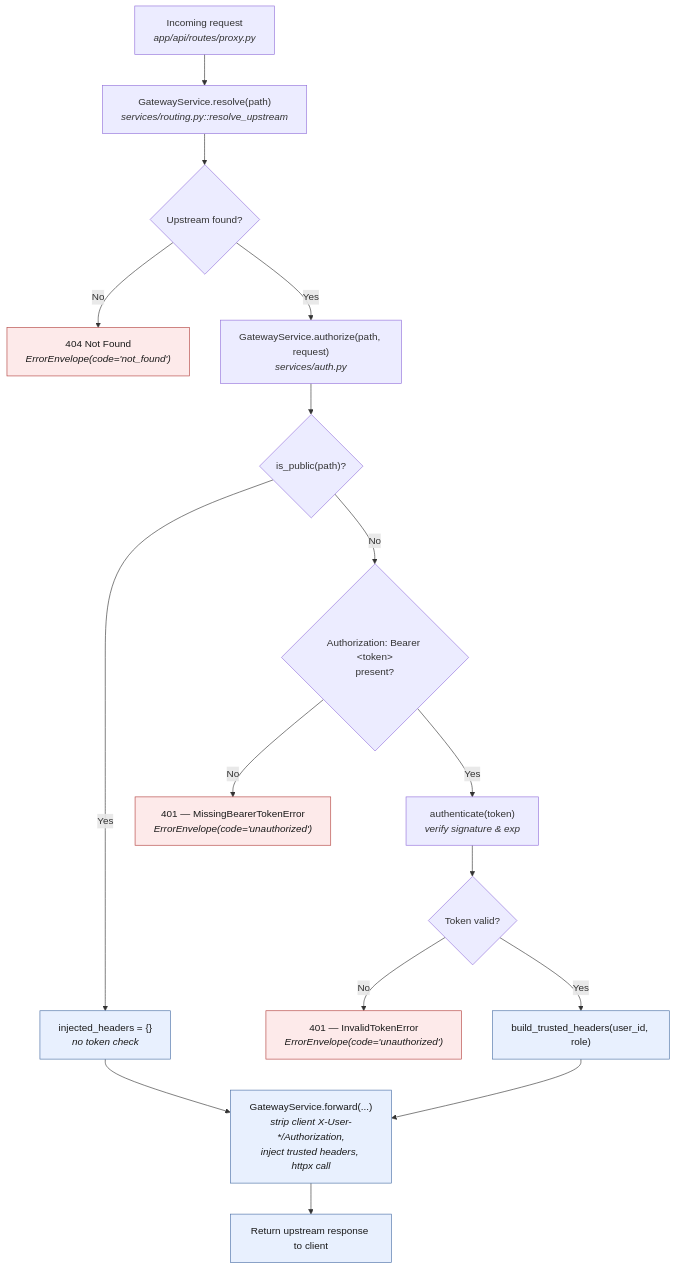
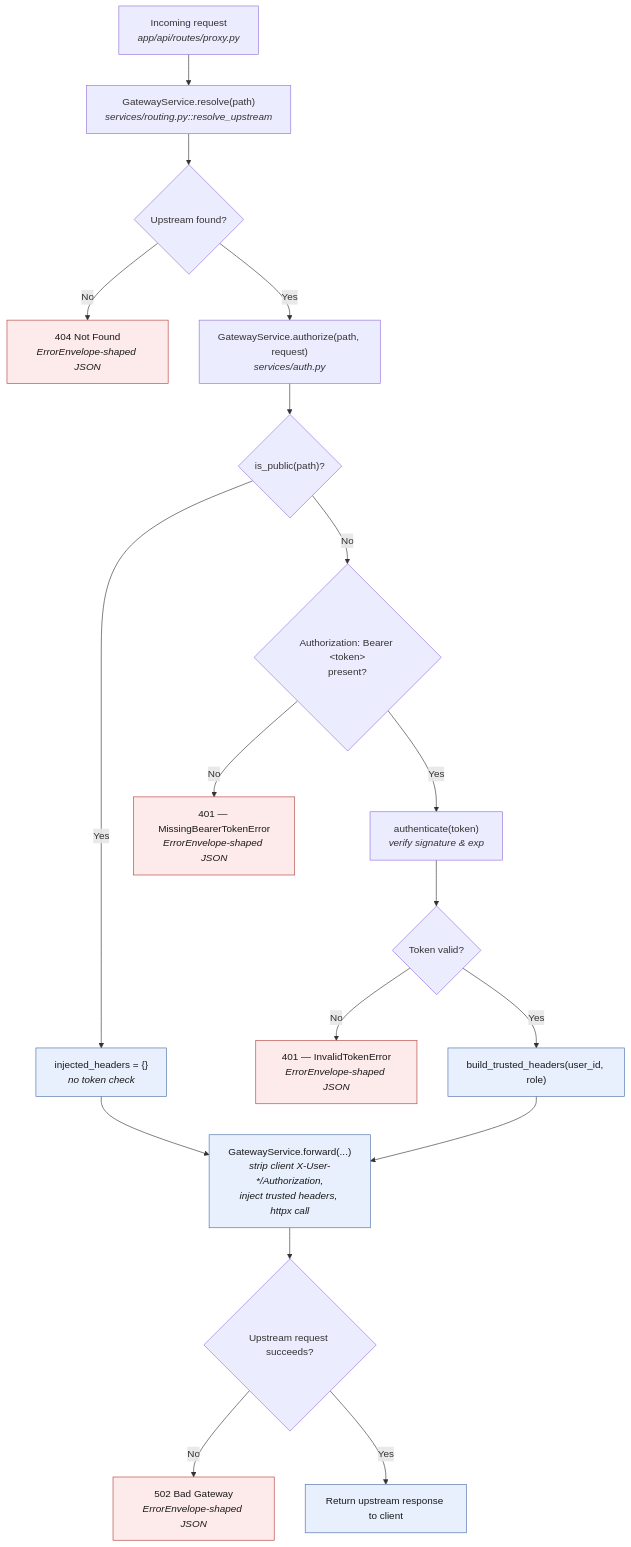
Before and after one commit to Y2627S1-CS3219-P31/FoC-31: the diagram in api-gateway/docs/flowchart.md, drawn with Mermaid. The commit also changed other lines of this file and 7 other files, not shown here.

````diff
--- a/api-gateway/docs/flowchart.md
+++ b/api-gateway/docs/flowchart.md
@@ -12,35 +12,39 @@
 ```mermaid
 flowchart TD
     A["Incoming request<br/><i>app/api/routes/proxy.py</i>"]
     B["GatewayService.resolve(path)<br/><i>services/routing.py::resolve_upstream</i>"]
     C{"Upstream found?"}
-    D["404 Not Found<br/><i>ErrorEnvelope(code='not_found')</i>"]
+    D["404 Not Found<br/><i>ErrorEnvelope-shaped JSON</i>"]
     E["GatewayService.authorize(path, request)<br/><i>services/auth.py</i>"]
     F{"is_public(path)?"}
     G["injected_headers = {}<br/><i>no token check</i>"]
     H{"Authorization: Bearer &lt;token&gt;<br/>present?"}
-    I["401 — MissingBearerTokenError<br/><i>ErrorEnvelope(code='unauthorized')</i>"]
+    I["401 — MissingBearerTokenError<br/><i>ErrorEnvelope-shaped JSON</i>"]
     J["authenticate(token)<br/><i>verify signature &amp; exp</i>"]
     K{"Token valid?"}
-    L["401 — InvalidTokenError<br/><i>ErrorEnvelope(code='unauthorized')</i>"]
+    L["401 — InvalidTokenError<br/><i>ErrorEnvelope-shaped JSON</i>"]
     M["build_trusted_headers(user_id, role)"]
     N["GatewayService.forward(...)<br/><i>strip client X-User-*/Authorization,<br/>inject trusted headers, httpx call</i>"]
-    O["Return upstream response to client"]
+    O{"Upstream request succeeds?"}
+    P["502 Bad Gateway<br/><i>ErrorEnvelope-shaped JSON</i>"]
+    Q["Return upstream response to client"]
 
     A --> B --> C
     C -- No --> D
     C -- Yes --> E
     E --> F
     F -- Yes --> G --> N
     F -- No --> H
     H -- No --> I
     H -- Yes --> J --> K
     K -- No --> L
     K -- Yes --> M --> N
     N --> O
+    O -- No --> P
+    O -- Yes --> Q
 
     classDef ok fill:#e8f0fe,stroke:#4a6fa5,color:#1a1a1a;
     classDef err fill:#fdeaea,stroke:#b3413e,color:#1a1a1a;
-    class G,M,N,O ok;
-    class D,I,L err;
+    class G,M,N,Q ok;
+    class D,I,L,P err;
 ```
````
